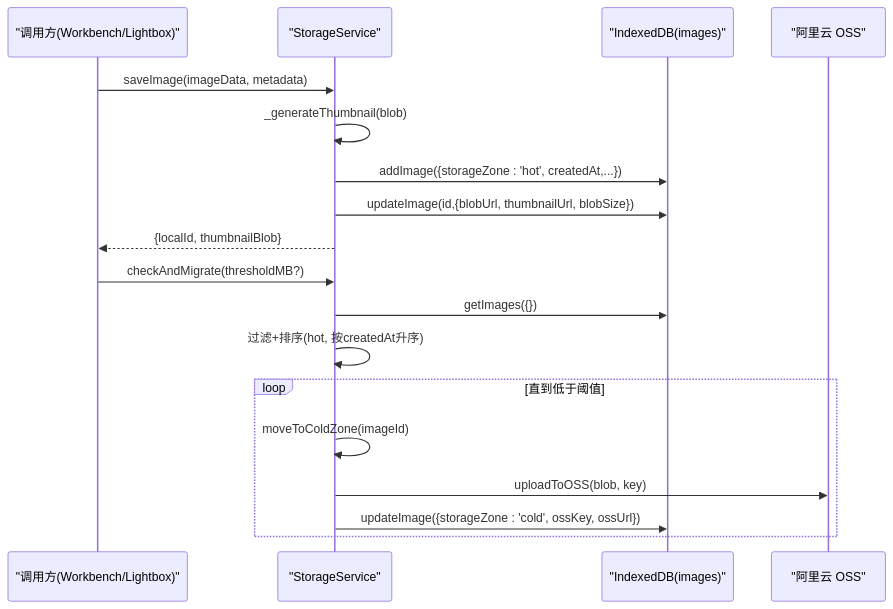
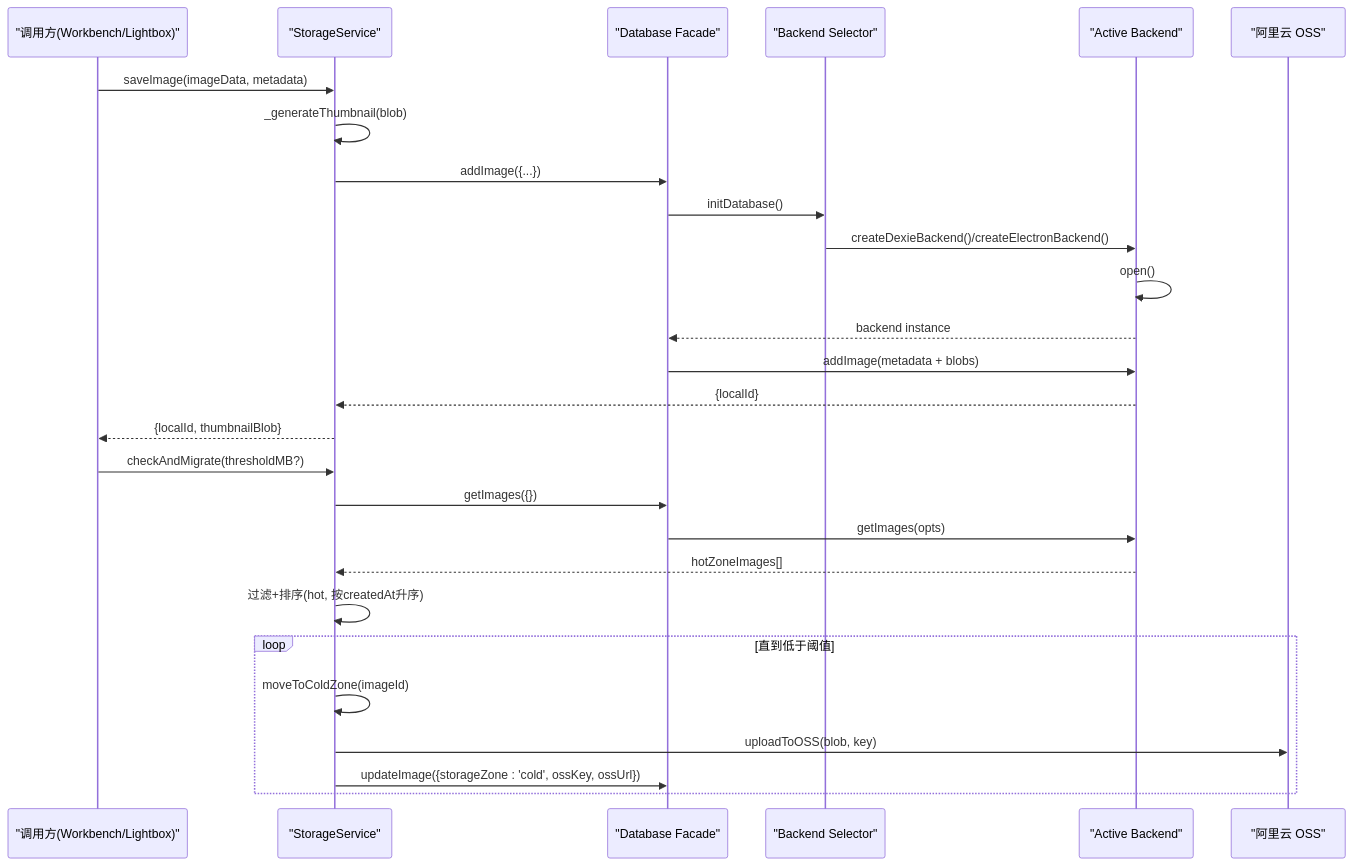
One commit to AlbusWei/AI-Image-Studio changed the second of 4 diagrams in .qoder/repowiki/zh/content/服务层/存储服务.md. Above: the diagram before and after it, drawn with Mermaid. The commit also changed other lines of this file and 37 other files, not shown here.

````diff
--- a/.qoder/repowiki/zh/content/服务层/存储服务.md
+++ b/.qoder/repowiki/zh/content/服务层/存储服务.md
@@ -86,20 +119,29 @@
 ```mermaid
 sequenceDiagram
 participant UI as "调用方(Workbench/Lightbox)"
 participant SS as "StorageService"
-participant DB as "IndexedDB(images)"
+participant DBF as "Database Facade"
+participant BE as "Backend Selector"
+participant DB as "Active Backend"
 participant OSS as "阿里云 OSS"
 UI->>SS : saveImage(imageData, metadata)
 SS->>SS : _generateThumbnail(blob)
-SS->>DB : addImage({storageZone : 'hot', createdAt,...})
-SS->>DB : updateImage(id,{blobUrl, thumbnailUrl, blobSize})
+SS->>DBF : addImage({...})
+DBF->>BE : initDatabase()
+BE->>DB : createDexieBackend()/createElectronBackend()
+DB->>DB : open()
+DB-->>DBF : backend instance
+DBF->>DB : addImage(metadata + blobs)
+DB-->>SS : {localId}
 SS-->>UI : {localId, thumbnailBlob}
 UI->>SS : checkAndMigrate(thresholdMB?)
-SS->>DB : getImages({})
+SS->>DBF : getImages({})
+DBF->>DB : getImages(opts)
+DB-->>SS : hotZoneImages[]
 SS->>SS : 过滤+排序(hot, 按createdAt升序)
 loop 直到低于阈值
 SS->>SS : moveToColdZone(imageId)
 SS->>OSS : uploadToOSS(blob, key)
-SS->>DB : updateImage({storageZone : 'cold', ossKey, ossUrl})
+SS->>DBF : updateImage({storageZone : 'cold', ossKey, ossUrl})
 end
 ```
````
